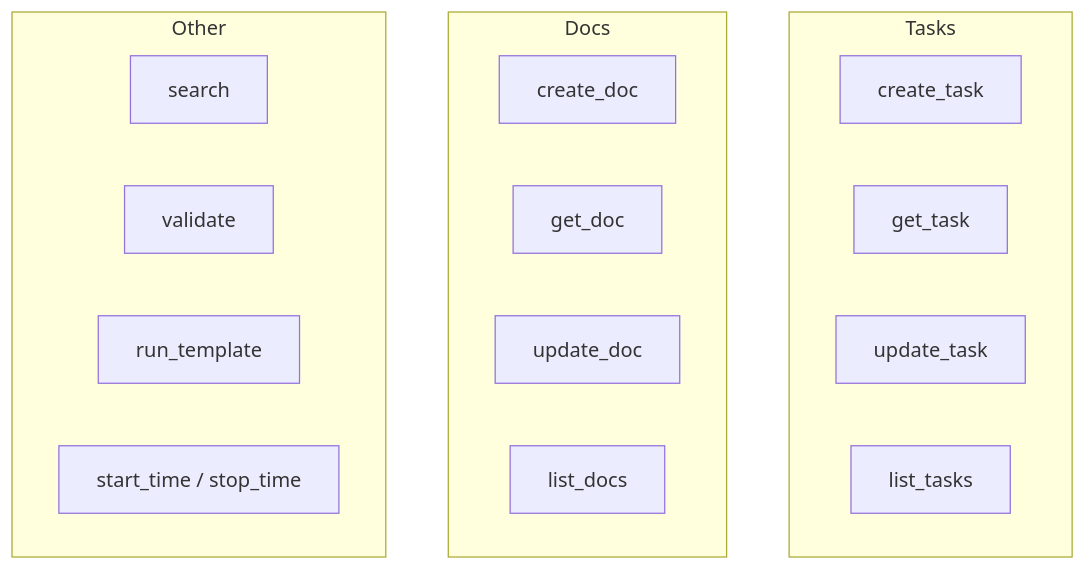
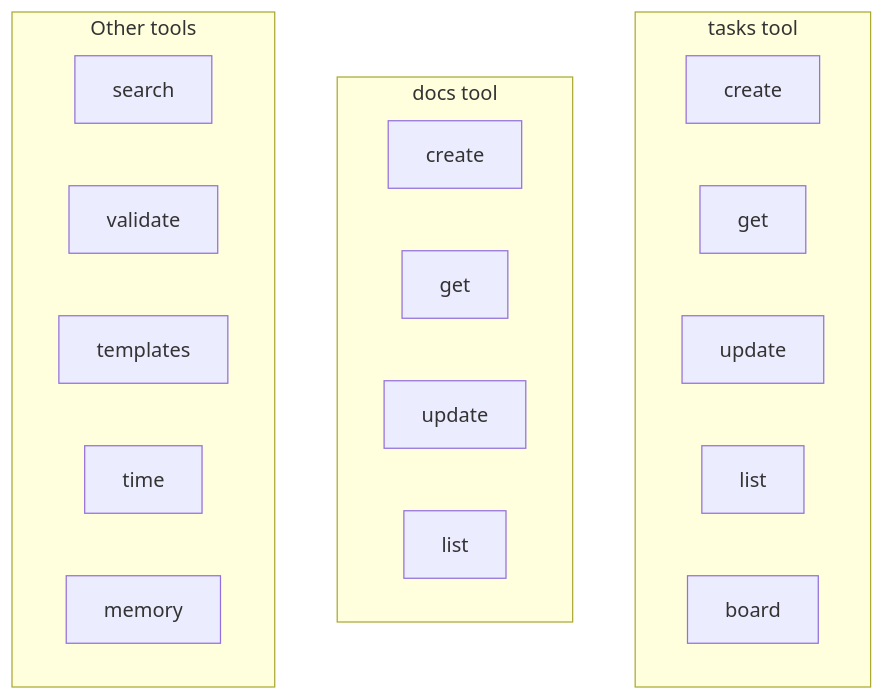
Before and after one commit to tqa24/knowns: the second of 2 diagrams in .knowns/docs/guides/mcp-integration-guide.md, drawn with Mermaid. The commit also changed other lines of this file and 21 other files, not shown here.

````diff
--- a/.knowns/docs/guides/mcp-integration-guide.md
+++ b/.knowns/docs/guides/mcp-integration-guide.md
@@ -92,21 +94,23 @@
 ```mermaid
 graph TD
-    subgraph Tasks
-        A1[create_task]
-        A2[get_task]
-        A3[update_task]
-        A4[list_tasks]
+    subgraph "tasks tool"
+        A1[create]
+        A2[get]
+        A3[update]
+        A4[list]
+        A5[board]
     end
-    subgraph Docs
-        B1[create_doc]
-        B2[get_doc]
-        B3[update_doc]
-        B4[list_docs]
+    subgraph "docs tool"
+        B1[create]
+        B2[get]
+        B3[update]
+        B4[list]
     end
-    subgraph Other
+    subgraph "Other tools"
         C1[search]
         C2[validate]
-        C3[run_template]
-        C4[start_time / stop_time]
+        C3[templates]
+        C4[time]
+        C5[memory]
     end
 ```
````
